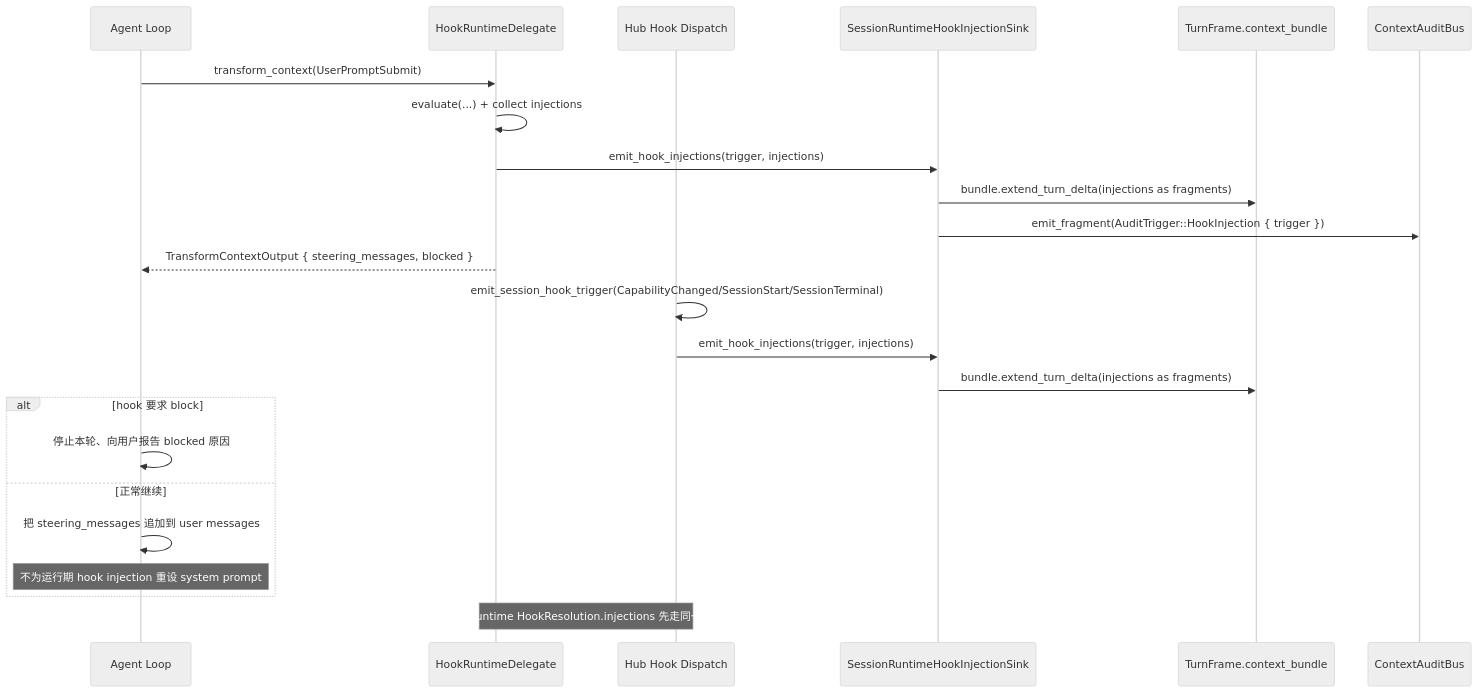
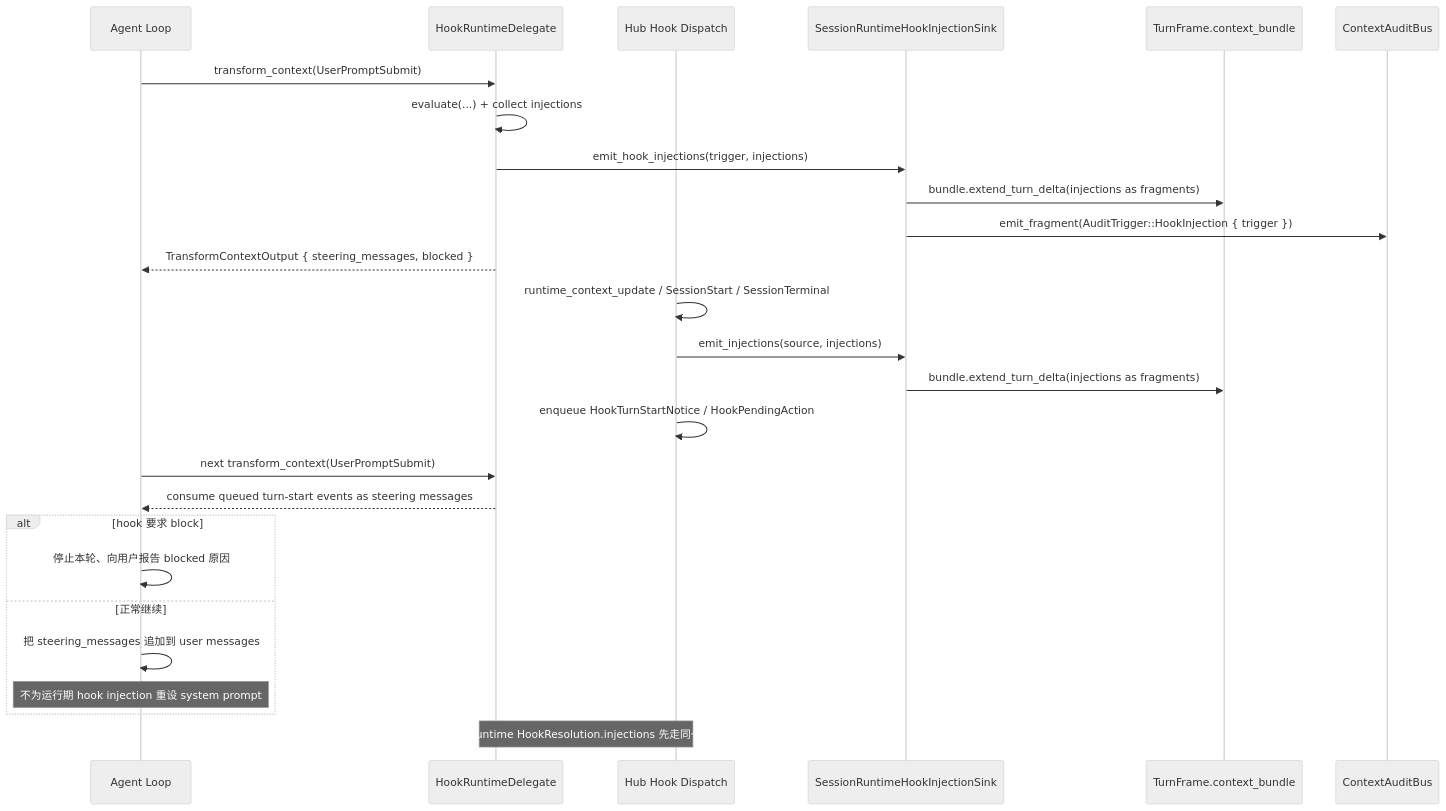
Before and after one commit to syan2018/AgentDash: the second of 2 diagrams in .trellis/spec/backend/session/bundle-main-datasource.md, drawn with Mermaid (neutral theme). The commit also changed other lines of this file and 31 other files, not shown here.

````diff
--- a/.trellis/spec/backend/session/bundle-main-datasource.md
+++ b/.trellis/spec/backend/session/bundle-main-datasource.md
@@ -315,29 +318,33 @@
 ```mermaid
 sequenceDiagram
     participant Agent as Agent Loop
     participant Delegate as HookRuntimeDelegate
     participant Hub as Hub Hook Dispatch
     participant Sink as SessionRuntimeHookInjectionSink
     participant Bundle as TurnFrame.context_bundle
     participant Audit as ContextAuditBus
 
     Agent->>Delegate: transform_context(UserPromptSubmit)
     Delegate->>Delegate: evaluate(...) + collect injections
     Delegate->>Sink: emit_hook_injections(trigger, injections)
     Sink->>Bundle: bundle.extend_turn_delta(injections as fragments)
     Sink->>Audit: emit_fragment(AuditTrigger::HookInjection { trigger })
     Delegate-->>Agent: TransformContextOutput { steering_messages, blocked }
 
-    Hub->>Hub: emit_session_hook_trigger(CapabilityChanged/SessionStart/SessionTerminal)
-    Hub->>Sink: emit_hook_injections(trigger, injections)
+    Hub->>Hub: runtime_context_update / SessionStart / SessionTerminal
+    Hub->>Sink: emit_injections(source, injections)
     Sink->>Bundle: bundle.extend_turn_delta(injections as fragments)
+
+    Hub->>Hub: enqueue HookTurnStartNotice / HookPendingAction
+    Agent->>Delegate: next transform_context(UserPromptSubmit)
+    Delegate-->>Agent: consume queued turn-start events as steering messages
 
     alt hook 要求 block
         Agent->>Agent: 停止本轮、向用户报告 blocked 原因
     else 正常继续
         Agent->>Agent: 把 steering_messages 追加到 user messages
         Note over Agent: 不为运行期 hook injection 重设 system prompt
     end
 
     Note over Delegate,Hub: 所有 runtime HookResolution.injections 先走同一 sink
 ```
````
